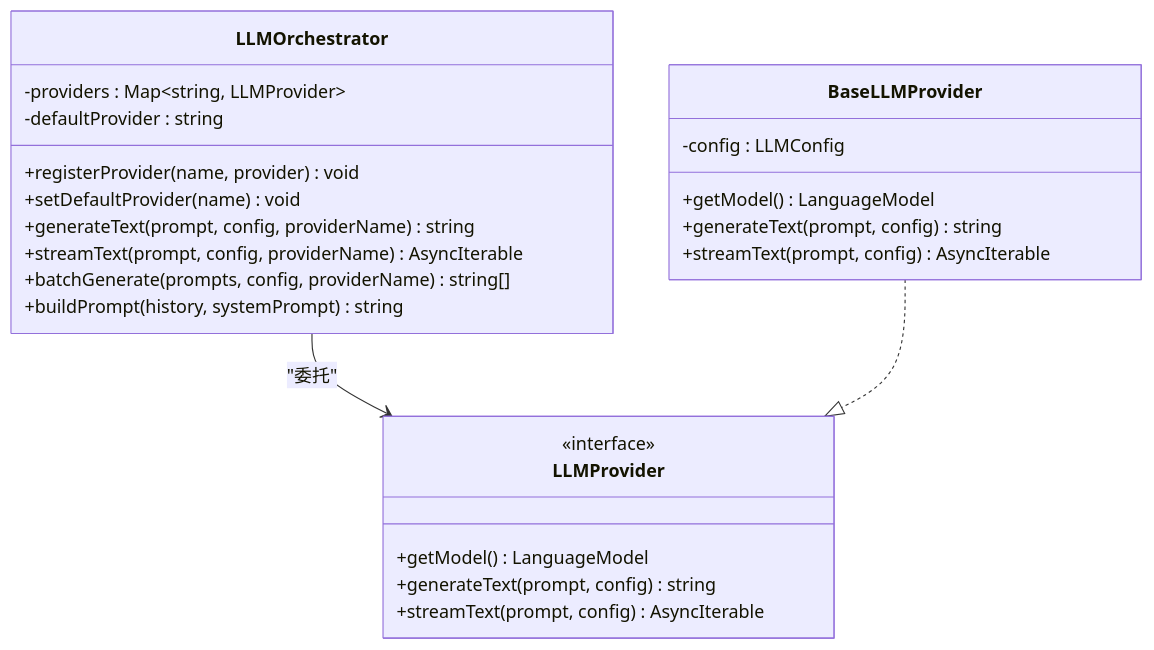
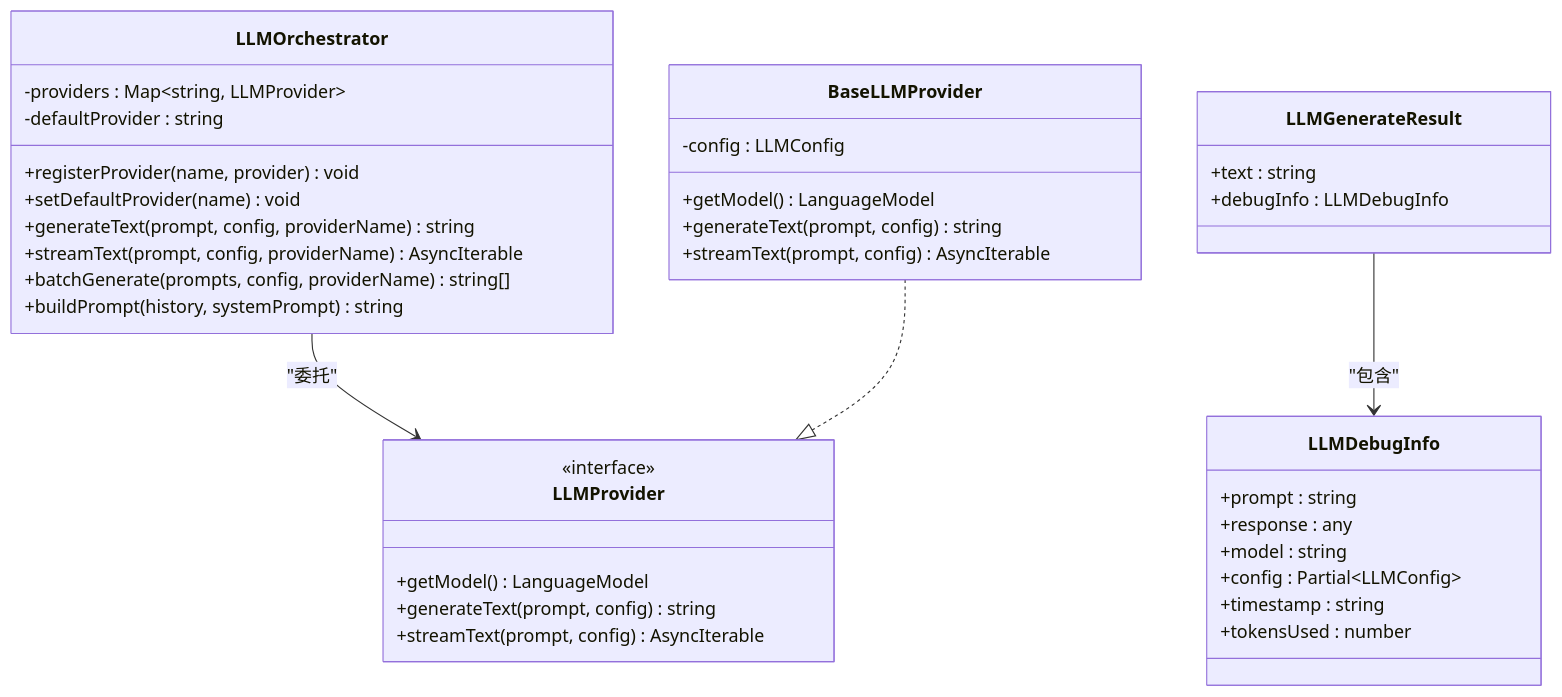
The fourth of 6 diagrams in .qoder/repowiki/zh/content/核心引擎系统/核心引擎系统.md (EverettCamus/HeartRule-Qoder), drawn with Mermaid before and after one commit. The commit also changed other lines of this file and 40 other files, not shown here.

````diff
--- a/.qoder/repowiki/zh/content/核心引擎系统/核心引擎系统.md
+++ b/.qoder/repowiki/zh/content/核心引擎系统/核心引擎系统.md
@@ -176,27 +197,40 @@
 ```mermaid
 classDiagram
 class LLMOrchestrator {
 -providers : Map~string, LLMProvider~
 -defaultProvider : string
 +registerProvider(name, provider) void
 +setDefaultProvider(name) void
 +generateText(prompt, config, providerName) string
 +streamText(prompt, config, providerName) AsyncIterable
 +batchGenerate(prompts, config, providerName) string[]
 +buildPrompt(history, systemPrompt) string
 }
 class LLMProvider {
 <<interface>>
 +getModel() LanguageModel
 +generateText(prompt, config) string
 +streamText(prompt, config) AsyncIterable
 }
 class BaseLLMProvider {
 -config : LLMConfig
 +getModel() LanguageModel
 +generateText(prompt, config) string
 +streamText(prompt, config) AsyncIterable
 }
+class LLMDebugInfo {
++prompt : string
++response : any
++model : string
++config : Partial~LLMConfig~
++timestamp : string
++tokensUsed : number
+}
+class LLMGenerateResult {
++text : string
++debugInfo : LLMDebugInfo
+}
 LLMOrchestrator --> LLMProvider : "委托"
 BaseLLMProvider ..|> LLMProvider
+LLMGenerateResult --> LLMDebugInfo : "包含"
 ```
````
